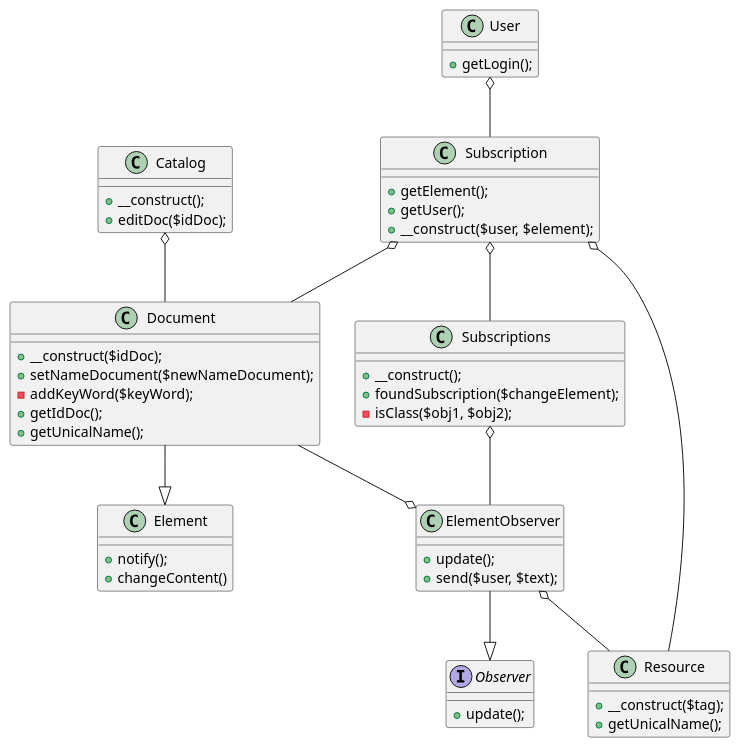
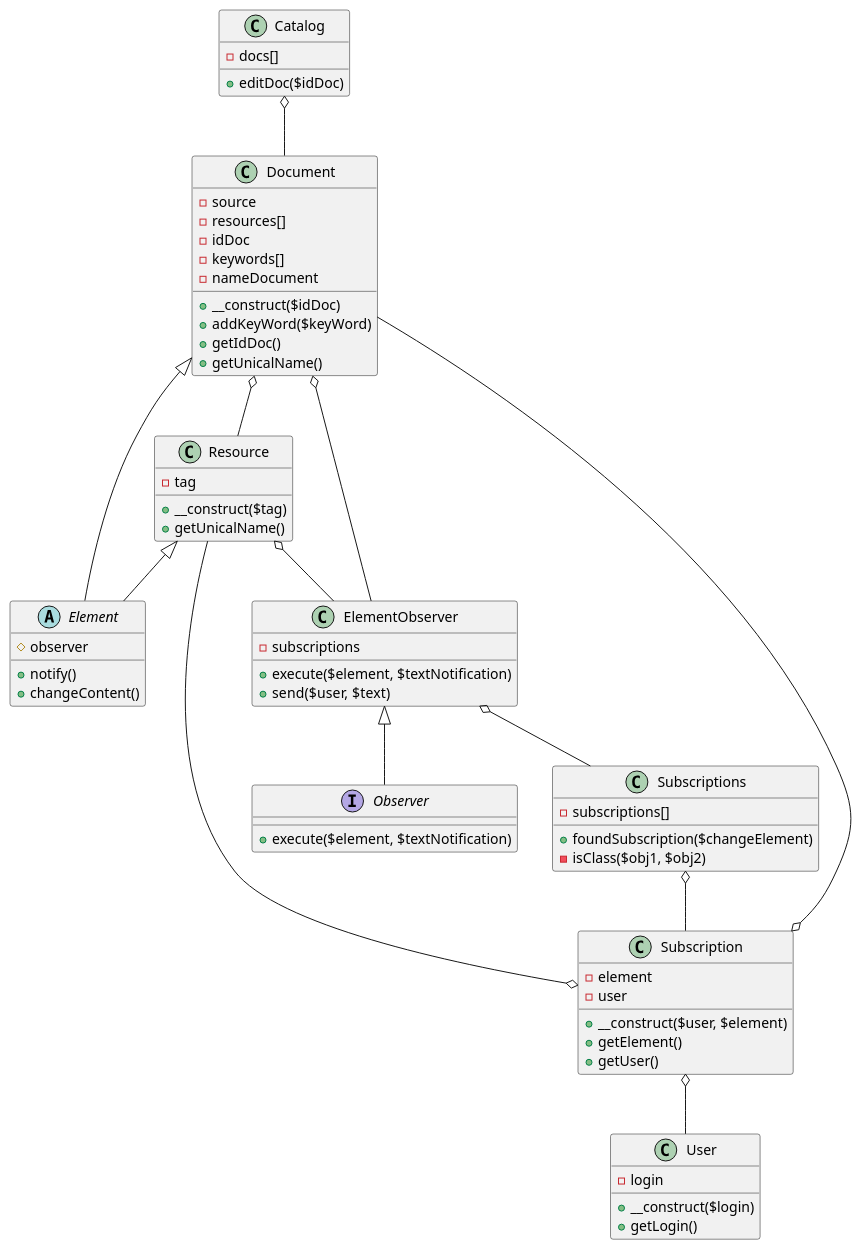
Before and after one commit to ilb/knowledgebase: the diagram in docs/diagramObserver.puml, drawn with PlantUML. The commit also changed 2 other files, not shown here.

Commit message:
Диаграмма

```diff
--- a/docs/diagramObserver.puml
+++ b/docs/diagramObserver.puml
@@ -1,61 +1,73 @@
 @startuml
 class Catalog {
-+ __construct();
-+ editDoc($idDoc);
+    - docs[]
+    + editDoc($idDoc)
 }
 
 class Document {
-+ __construct($idDoc);
-+ setNameDocument($newNameDocument);
-- addKeyWord($keyWord);
-+ getIdDoc();
-+ getUnicalName();
+    - source 
+    - resources[]
+    - idDoc
+    - keywords[]
+    - nameDocument
+    + __construct($idDoc)
+    + addKeyWord($keyWord)
+    + getIdDoc()
+    + getUnicalName()
 }
 
-class Element{
-+ notify();
-+ changeContent()
+abstract class Element {
+    # observer
+    + notify()
+    + changeContent()
 }
-class ElementObserver { 
-+ update();
-+ send($user, $text);
+
+class Resource {
+    - tag
+    + __construct($tag) 
+    + getUnicalName()
+}
+
+class ElementObserver {
+    - subscriptions
+    + execute($element, $textNotification)
+    + send($user, $text)
 }
 
 interface Observer {
-+ update();
+    + execute($element, $textNotification)
+}
+
+class Subscriptions {
+    - subscriptions[]
+    + foundSubscription($changeElement)
+    - isClass($obj1, $obj2)
 }
 
 class Subscription {
-+ getElement();
-+ getUser();
-+ __construct($user, $element);
+    - element
+    - user 
+    + __construct($user, $element)
+    + getElement()
+    + getUser()
 }
 
-class Subscriptions {
-+ __construct();
-+ foundSubscription($changeElement);
-- isClass($obj1, $obj2);
+class User {
+    - login
+    + __construct($login)
+    + getLogin()
 }
 
-class Resource {
-+ __construct($tag);
-+ getUnicalName();
-} 
-
-class User {
-+ getLogin();
-}
-
-
-
 Catalog o-- Document
-Document --|> Element
-ElementObserver --|> Observer
-Document --o ElementObserver 
-ElementObserver o-- Resource
-User o-- Subscription
-Subscription o-- Subscriptions
+Document <|-- Element
+Resource <|-- Element
+Resource o-- ElementObserver
+Document o-- Resource
+Document o-- ElementObserver
+ElementObserver <|-- Observer
+ElementObserver o-- Subscriptions
+Subscriptions o-- Subscription
+Subscription o-- User
+Subscription o-- Resource
 Subscription o-- Document
-Subscription o-- Resource
-Subscriptions o-- ElementObserver
 @enduml
```
